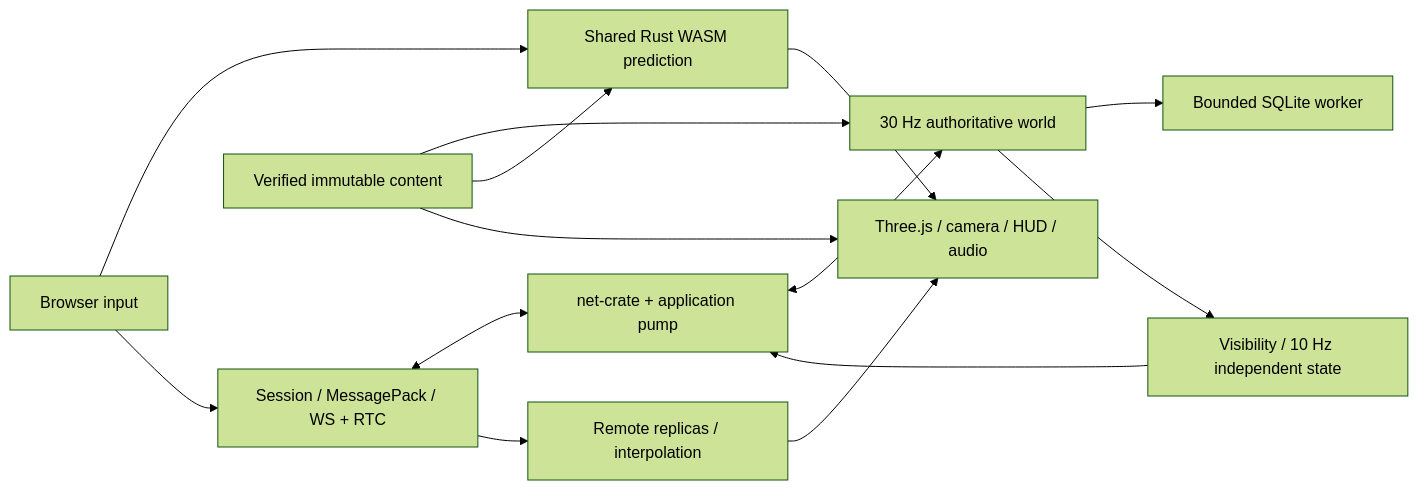
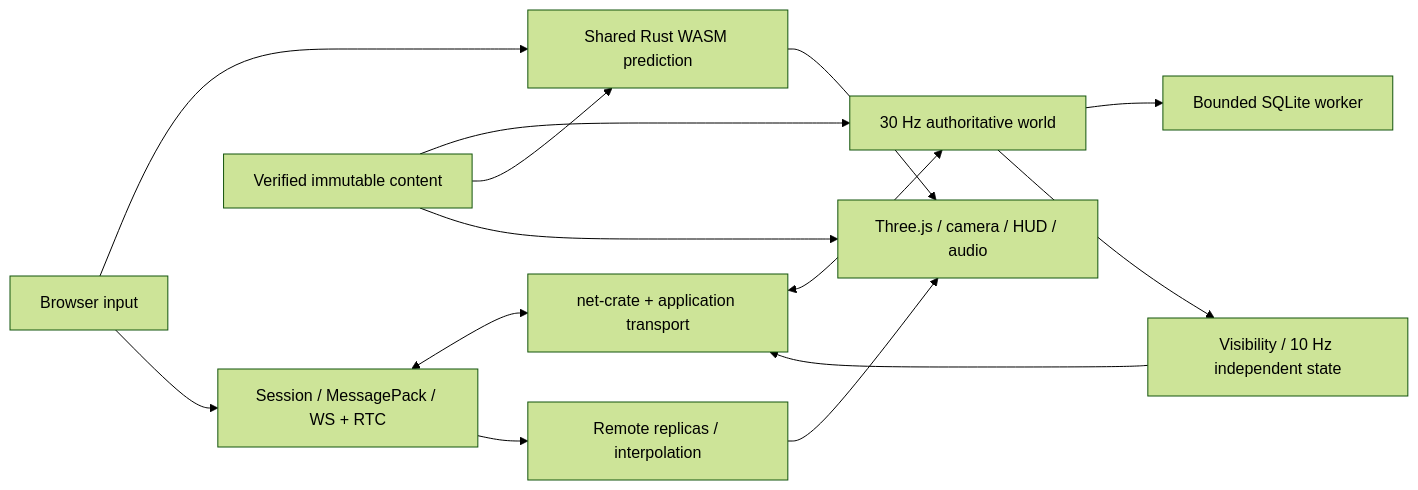
Before and after one commit to harveynw/browser-sandbox-game: the diagram in docs/architecture.md, drawn with Mermaid (forest theme). The commit also changed other lines of this file and 68 other files, not shown here.

````diff
--- a/docs/architecture.md
+++ b/docs/architecture.md
@@ -49,16 +48,16 @@
 ```mermaid
 flowchart LR
   Input[Browser input] --> Prediction[Shared Rust WASM prediction]
   Input --> Client[Session / MessagePack / WS + RTC]
-  Client <--> Pump[net-crate + application pump]
-  Pump <--> World[30 Hz authoritative world]
+  Client <--> Transport[net-crate + application transport]
+  Transport <--> World[30 Hz authoritative world]
   World --> Storage[Bounded SQLite worker]
   World --> Replication[Visibility / 10 Hz independent state]
-  Replication --> Pump
+  Replication --> Transport
   Client --> Replicas[Remote replicas / interpolation]
   Replicas --> Render[Three.js / camera / HUD / audio]
   Prediction --> Render
   Content[Verified immutable content] --> World
   Content --> Prediction
   Content --> Render
 ```
````
